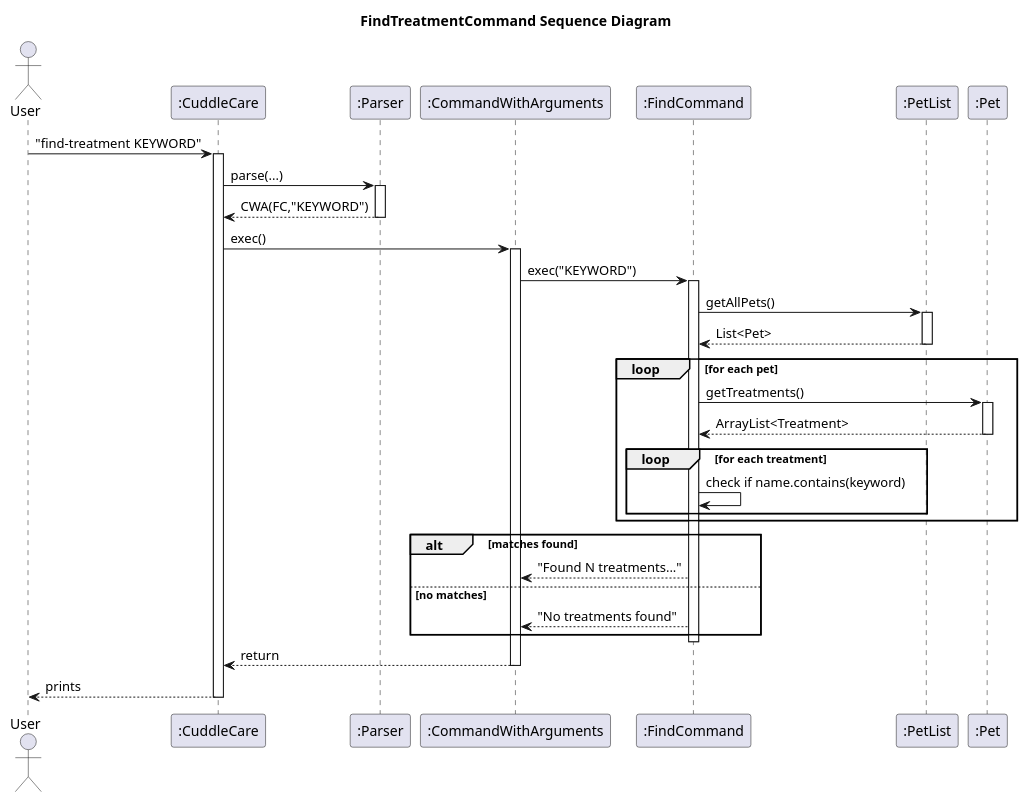
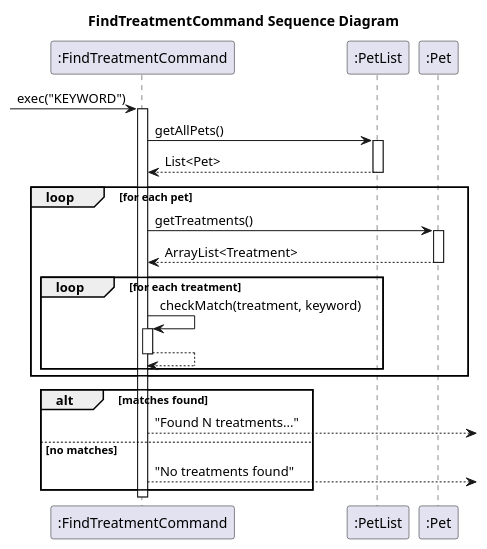
The diagram in docs/uml/FindTreatmentCommandSequence.puml (Kevin88866/tp), drawn with PlantUML before and after one commit. The commit also changed 8 other files, not shown here.

Commit message:
Update Sequence diagrams in Developer Guide

```diff
--- a/docs/uml/FindTreatmentCommandSequence.puml
+++ b/docs/uml/FindTreatmentCommandSequence.puml
@@ -1,50 +1,38 @@
 @startuml
 title FindTreatmentCommand Sequence Diagram
-actor User
-participant ":CuddleCare" as CuddleCare
-participant ":Parser" as Parser
-participant ":CommandWithArguments" as CWA
-participant ":FindCommand" as FC
+
+participant ":FindTreatmentCommand" as FC
 participant ":PetList" as PetList
 participant ":Pet" as Pet
 
-User -> CuddleCare : "find-treatment KEYWORD"
-activate CuddleCare
-CuddleCare -> Parser : parse(...)
-activate Parser
-Parser --> CuddleCare : CWA(FC,"KEYWORD")
-deactivate Parser
-
-CuddleCare -> CWA : exec()
-activate CWA
-CWA -> FC : exec("KEYWORD")
+-> FC : exec("KEYWORD")
 activate FC
 
 FC -> PetList : getAllPets()
 activate PetList
 PetList --> FC : List<Pet>
 deactivate PetList
 
 loop for each pet
   FC -> Pet : getTreatments()
   activate Pet
   Pet --> FC : ArrayList<Treatment>
   deactivate Pet
 
   loop for each treatment
-    FC -> FC : check if name.contains(keyword)
+    FC -> FC : checkMatch(treatment, keyword)
+    activate FC
+    FC --> FC
+    deactivate FC
   end
 end
 
 alt matches found
-  FC --> CWA : "Found N treatments..."
+  FC --> : "Found N treatments..."
 else no matches
-  FC --> CWA : "No treatments found"
+  FC --> : "No treatments found"
 end
 
 deactivate FC
-CWA --> CuddleCare : return
-deactivate CWA
-CuddleCare --> User : prints
-deactivate CuddleCare
+
 @enduml
```
